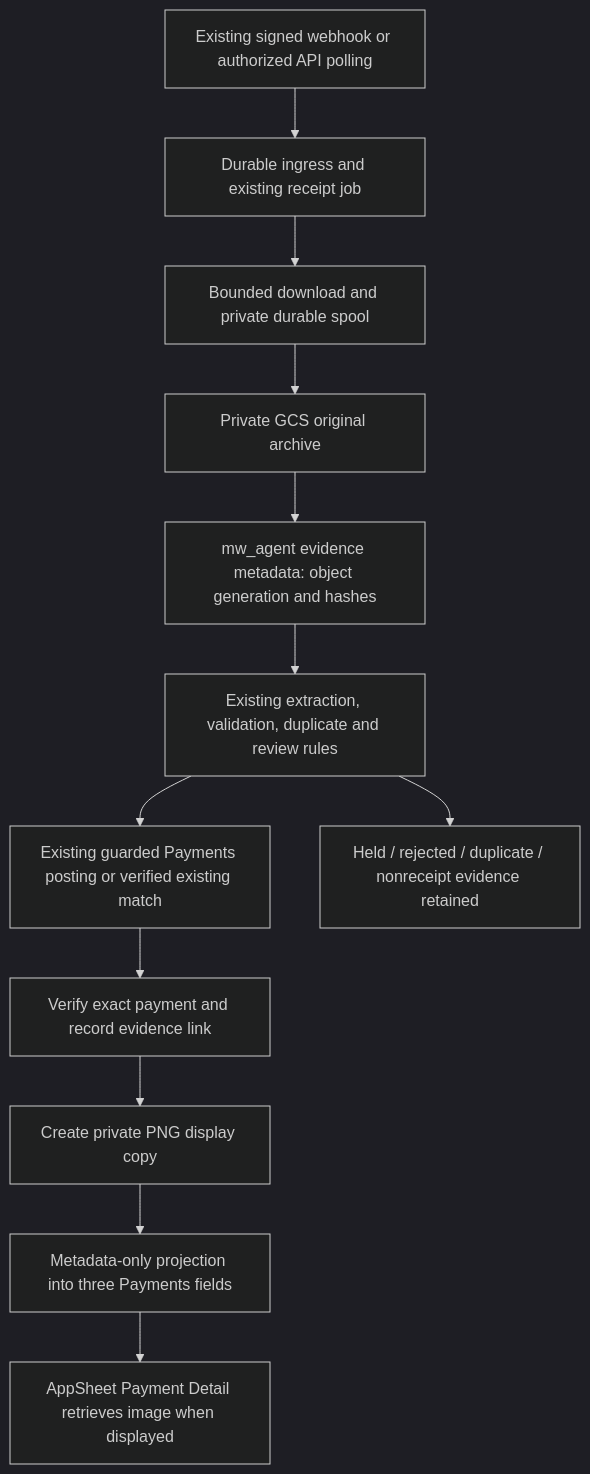
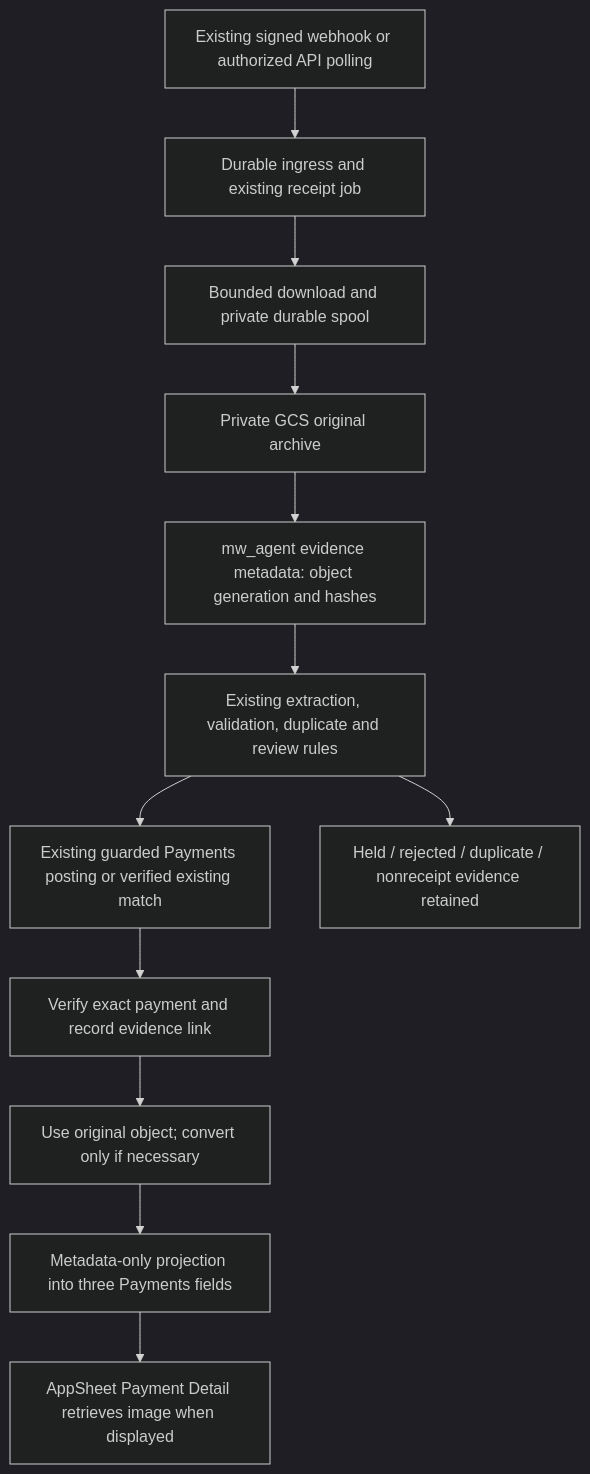
One commit to welct0407/MW-Credit-App changed the diagram in outputs/receipt-storage-design-20260927/HANDOVER.md. Above: the diagram before and after it, drawn with Mermaid (dark theme). The commit also changed other lines of this file and 4 other files, not shown here.

````diff
--- a/outputs/receipt-storage-design-20260927/HANDOVER.md
+++ b/outputs/receipt-storage-design-20260927/HANDOVER.md
@@ -45,14 +47,14 @@
 ```mermaid
 flowchart TD
     A[Existing signed webhook or authorized API polling] --> B[Durable ingress and existing receipt job]
     B --> C[Bounded download and private durable spool]
     C --> D[Private GCS original archive]
     D --> E[mw_agent evidence metadata: object generation and hashes]
     E --> F[Existing extraction, validation, duplicate and review rules]
     F --> G[Existing guarded Payments posting or verified existing match]
     F --> H[Held / rejected / duplicate / nonreceipt evidence retained]
     G --> I[Verify exact payment and record evidence link]
-    I --> J[Create private PNG display copy]
+    I --> J[Use original object; convert only if necessary]
     J --> K[Metadata-only projection into three Payments fields]
     K --> L[AppSheet Payment Detail retrieves image when displayed]
 ```
````
